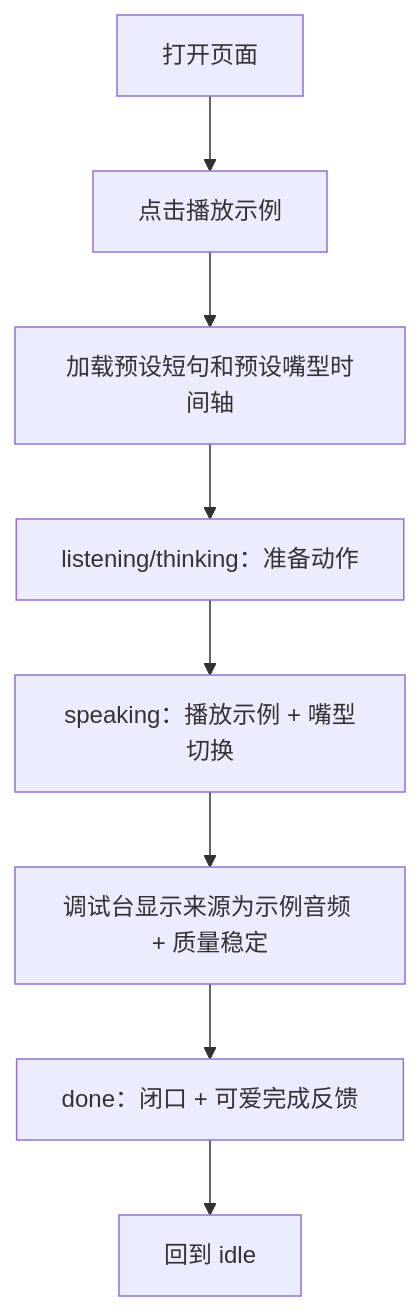
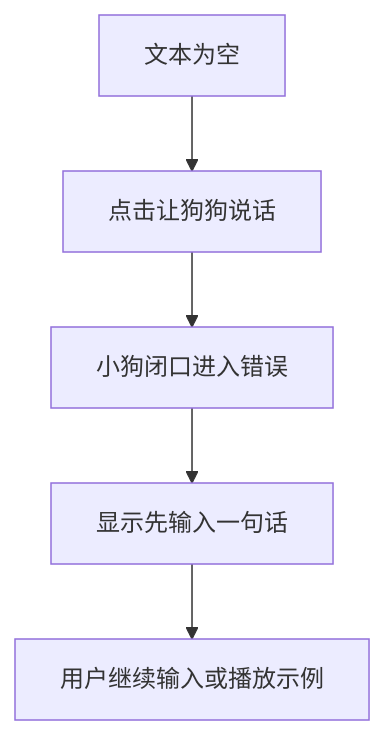
The third of 3 diagrams in docs/planning-artifacts/ux-design-specification.md (synchronized8/digital-dog), drawn with Mermaid before and after one commit. The commit also changed other lines of this file and 48 other files, not shown here.

````diff
--- a/docs/planning-artifacts/ux-design-specification.md
+++ b/docs/planning-artifacts/ux-design-specification.md
@@ -431,10 +172,7 @@
 ```mermaid
 flowchart TD
-  A[打开页面] --> B[点击播放示例]
-  B --> C[加载预设短句和预设嘴型时间轴]
-  C --> D[listening/thinking：准备动作]
-  D --> E[speaking：播放示例 + 嘴型切换]
-  E --> F[调试台显示来源为示例音频 + 质量稳定]
-  F --> G[done：闭口 + 可爱完成反馈]
-  G --> H[回到 idle]
+  A[文本为空] --> B[点击让狗狗说话]
+  B --> C[小狗闭口进入错误]
+  C --> D[显示先输入一句话]
+  D --> E[用户继续输入或播放示例]
 ```
````
